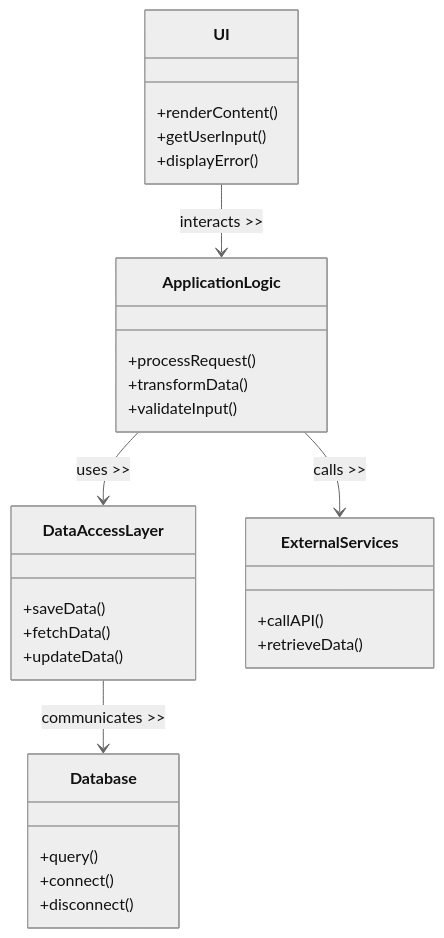
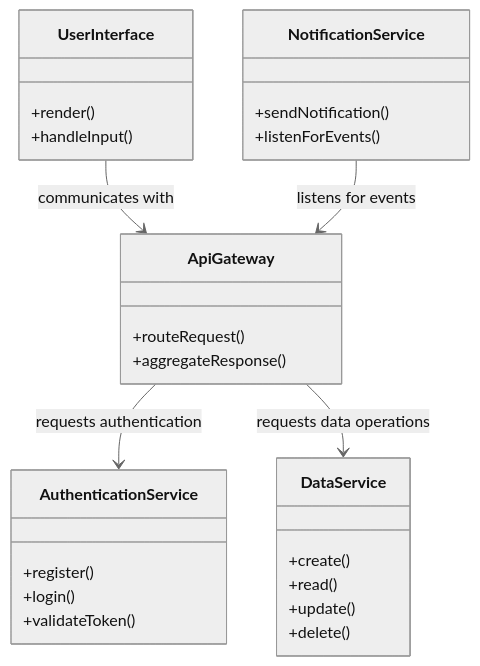
Before and after one commit to kyomangold/AI-StockPredictor: the diagram in ARCHITECTURE.generated.md, drawn with Mermaid (neutral theme). The commit also changed other lines of this file, not shown here.

Commit message:
docs: update architecture

````diff
--- a/ARCHITECTURE.generated.md
+++ b/ARCHITECTURE.generated.md
@@ -45,36 +49,35 @@
 ```mermaid
 classDiagram
-    class UI {
-        +renderContent()
-        +getUserInput()
-        +displayError()
+    class UserInterface {
+        +render()
+        +handleInput()
     }
-
-    class ApplicationLogic {
-        +processRequest()
-        +transformData()
-        +validateInput()
+    
+    class ApiGateway {
+        +routeRequest()
+        +aggregateResponse()
     }
-
-    class DataAccessLayer {
-        +saveData()
-        +fetchData()
-        +updateData()
+    
+    class AuthenticationService {
+        +register()
+        +login()
+        +validateToken()
     }
-
-    class Database {
-        +query()
-        +connect()
-        +disconnect()
+    
+    class DataService {
+        +create()
+        +read()
+        +update()
+        +delete()
     }
-
-    class ExternalServices {
-        +callAPI()
-        +retrieveData()
+    
+    class NotificationService {
+        +sendNotification()
+        +listenForEvents()
     }
-
-    UI --> ApplicationLogic : interacts >>
-    ApplicationLogic --> DataAccessLayer : uses >>
-    DataAccessLayer --> Database : communicates >>
-    ApplicationLogic --> ExternalServices : calls >>
+    
+    UserInterface --> ApiGateway : communicates with
+    ApiGateway --> AuthenticationService : requests authentication
+    ApiGateway --> DataService : requests data operations
+    NotificationService --> ApiGateway : listens for events
 ```
````
